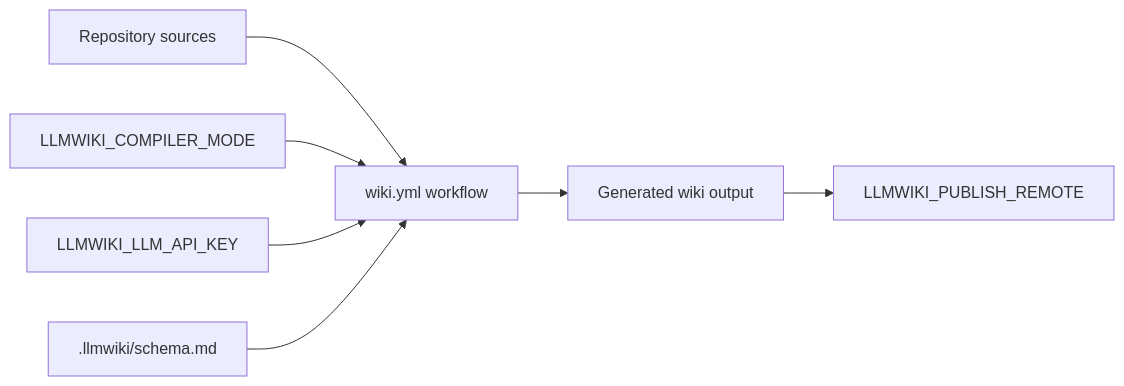
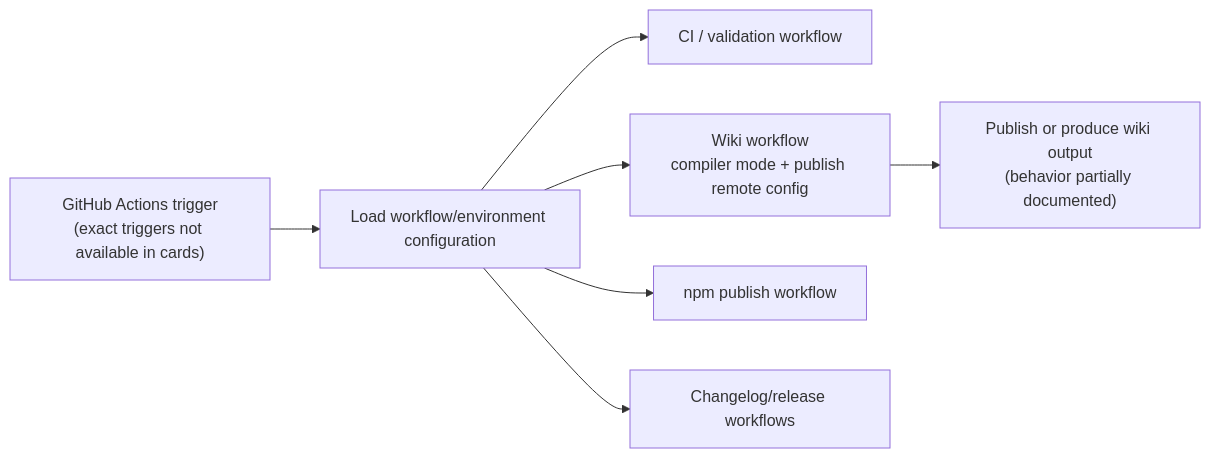
The third of 4 diagrams in Architecture.md (mfittko/repo-wiki), drawn with Mermaid before and after one commit. The commit also changed other lines of this file and 48 other files, not shown here.

Commit message:
Compile repository wiki 2026-06-13T21:32:59.895Z

````diff
--- a/Architecture.md
+++ b/Architecture.md
@@ -204,17 +233,17 @@
 ```mermaid
 flowchart LR
-  Repo["Repository sources"]
-  Workflow["wiki.yml workflow"]
-  Mode["LLMWIKI_COMPILER_MODE"]
-  LLMKey["LLMWIKI_LLM_API_KEY"]
-  Schema[".llmwiki/schema.md"]
-  Output["Generated wiki output"]
-  Remote["LLMWIKI_PUBLISH_REMOTE"]
+    Trigger["GitHub Actions trigger<br/>(exact triggers not available in cards)"]
+    Env["Load workflow/environment configuration"]
+    BuildTest["CI / validation workflow"]
+    WikiRun["Wiki workflow<br/>compiler mode + publish remote config"]
+    PublishWiki["Publish or produce wiki output<br/>(behavior partially documented)"]
+    PublishNpm["npm publish workflow"]
+    Changelog["Changelog/release workflows"]
 
-  Repo --> Workflow
-  Mode --> Workflow
-  LLMKey --> Workflow
-  Schema --> Workflow
-  Workflow --> Output
-  Output --> Remote
+    Trigger --> Env
+    Env --> BuildTest
+    Env --> WikiRun
+    WikiRun --> PublishWiki
+    Env --> PublishNpm
+    Env --> Changelog
 ```
````
